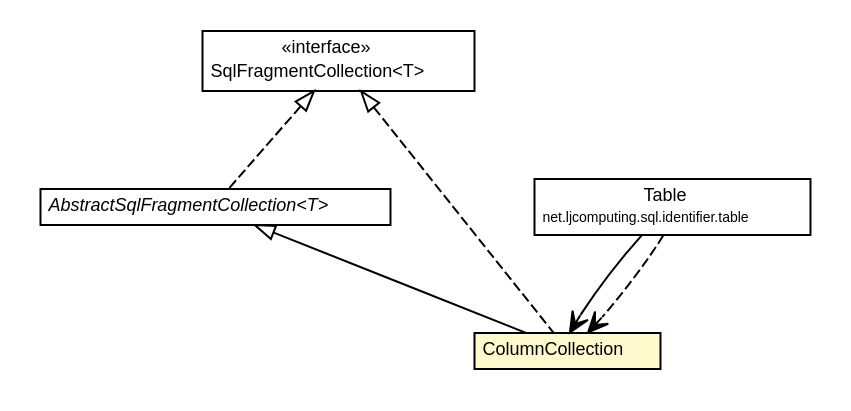
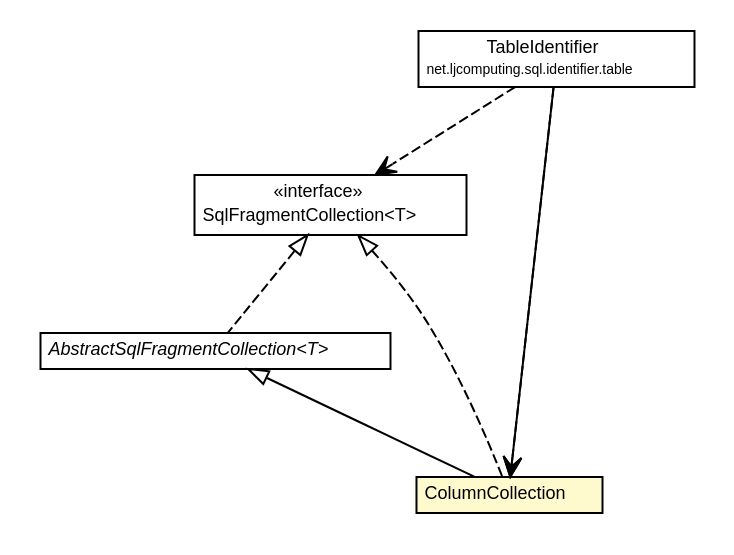
The diagram in docs/javadoc/apidocs/net/ljcomputing/sql/collection/ColumnCollection.dot (willmorejg/net.ljcomputing.sql), drawn with Graphviz before and after one commit. The commit also changed 504 other files, not shown here.

```diff
--- a/docs/javadoc/apidocs/net/ljcomputing/sql/collection/ColumnCollection.dot
+++ b/docs/javadoc/apidocs/net/ljcomputing/sql/collection/ColumnCollection.dot
@@ -1,48 +1,50 @@
 #!/usr/local/bin/dot
 #
 # Class diagram 
 # Generated by UMLGraph version R5_6 (http://www.umlgraph.org/)
 #
 
 digraph G {
 	edge [fontname="Helvetica",fontsize=10,labelfontname="Helvetica",labelfontsize=10];
 	node [fontname="Helvetica",fontsize=10,shape=plaintext];
 	nodesep=0.25;
 	ranksep=0.5;
 	// net.ljcomputing.sql.collection.AbstractSqlFragmentCollection<T>
-	c624 [label=<<table title="net.ljcomputing.sql.collection.AbstractSqlFragmentCollection" border="0" cellborder="1" cellspacing="0" cellpadding="2" port="p" href="./AbstractSqlFragmentCollection.html">
+	c545 [label=<<table title="net.ljcomputing.sql.collection.AbstractSqlFragmentCollection" border="0" cellborder="1" cellspacing="0" cellpadding="2" port="p" href="./AbstractSqlFragmentCollection.html">
 		<tr><td><table border="0" cellspacing="0" cellpadding="1">
 <tr><td align="center" balign="center"><font face="Helvetica-Oblique"> AbstractSqlFragmentCollection&lt;T&gt; </font></td></tr>
 		</table></td></tr>
 		</table>>, URL="./AbstractSqlFragmentCollection.html", fontname="Helvetica", fontcolor="black", fontsize=9.0];
 	// net.ljcomputing.sql.collection.SqlFragmentCollection<T>
-	c627 [label=<<table title="net.ljcomputing.sql.collection.SqlFragmentCollection" border="0" cellborder="1" cellspacing="0" cellpadding="2" port="p" href="./SqlFragmentCollection.html">
+	c548 [label=<<table title="net.ljcomputing.sql.collection.SqlFragmentCollection" border="0" cellborder="1" cellspacing="0" cellpadding="2" port="p" href="./SqlFragmentCollection.html">
 		<tr><td><table border="0" cellspacing="0" cellpadding="1">
 <tr><td align="center" balign="center"> &#171;interface&#187; </td></tr>
 <tr><td align="center" balign="center"> SqlFragmentCollection&lt;T&gt; </td></tr>
 		</table></td></tr>
 		</table>>, URL="./SqlFragmentCollection.html", fontname="Helvetica", fontcolor="black", fontsize=9.0];
 	// net.ljcomputing.sql.collection.ColumnCollection
-	c628 [label=<<table title="net.ljcomputing.sql.collection.ColumnCollection" border="0" cellborder="1" cellspacing="0" cellpadding="2" port="p" bgcolor="lemonChiffon" href="./ColumnCollection.html">
+	c549 [label=<<table title="net.ljcomputing.sql.collection.ColumnCollection" border="0" cellborder="1" cellspacing="0" cellpadding="2" port="p" bgcolor="lemonChiffon" href="./ColumnCollection.html">
 		<tr><td><table border="0" cellspacing="0" cellpadding="1">
 <tr><td align="center" balign="center"> ColumnCollection </td></tr>
 		</table></td></tr>
 		</table>>, URL="./ColumnCollection.html", fontname="Helvetica", fontcolor="black", fontsize=9.0];
-	// net.ljcomputing.sql.identifier.table.Table
-	c632 [label=<<table title="net.ljcomputing.sql.identifier.table.Table" border="0" cellborder="1" cellspacing="0" cellpadding="2" port="p" href="../identifier/table/Table.html">
+	// net.ljcomputing.sql.identifier.table.TableIdentifier
+	c554 [label=<<table title="net.ljcomputing.sql.identifier.table.TableIdentifier" border="0" cellborder="1" cellspacing="0" cellpadding="2" port="p" href="../identifier/table/TableIdentifier.html">
 		<tr><td><table border="0" cellspacing="0" cellpadding="1">
-<tr><td align="center" balign="center"> Table </td></tr>
+<tr><td align="center" balign="center"> TableIdentifier </td></tr>
 <tr><td align="center" balign="center"><font point-size="7.0"> net.ljcomputing.sql.identifier.table </font></td></tr>
 		</table></td></tr>
-		</table>>, URL="../identifier/table/Table.html", fontname="Helvetica", fontcolor="black", fontsize=9.0];
+		</table>>, URL="../identifier/table/TableIdentifier.html", fontname="Helvetica", fontcolor="black", fontsize=9.0];
 	//net.ljcomputing.sql.collection.AbstractSqlFragmentCollection<T> implements net.ljcomputing.sql.collection.SqlFragmentCollection<T>
-	c627:p -> c624:p [dir=back,arrowtail=empty,style=dashed];
-	//net.ljcomputing.sql.collection.ColumnCollection extends net.ljcomputing.sql.collection.AbstractSqlFragmentCollection<net.ljcomputing.sql.identifier.column.Column>
-	c624:p -> c628:p [dir=back,arrowtail=empty];
+	c548:p -> c545:p [dir=back,arrowtail=empty,style=dashed];
+	//net.ljcomputing.sql.collection.ColumnCollection extends net.ljcomputing.sql.collection.AbstractSqlFragmentCollection<net.ljcomputing.sql.identifier.column.ColumnIdentifier>
+	c545:p -> c549:p [dir=back,arrowtail=empty];
 	//net.ljcomputing.sql.collection.ColumnCollection implements net.ljcomputing.sql.collection.SqlFragmentCollection<T>
-	c627:p -> c628:p [dir=back,arrowtail=empty,style=dashed];
-	// net.ljcomputing.sql.identifier.table.Table NAVASSOC net.ljcomputing.sql.collection.ColumnCollection
-	c632:p -> c628:p [taillabel="", label="", headlabel="", fontname="Helvetica", fontcolor="black", fontsize=10.0, color="black", arrowhead=open];
-	// net.ljcomputing.sql.identifier.table.Table DEPEND net.ljcomputing.sql.collection.ColumnCollection
-	c632:p -> c628:p [taillabel="", label="", headlabel="", fontname="Helvetica", fontcolor="black", fontsize=10.0, color="black", arrowhead=open, style=dashed];
+	c548:p -> c549:p [dir=back,arrowtail=empty,style=dashed];
+	// net.ljcomputing.sql.identifier.table.TableIdentifier NAVASSOC net.ljcomputing.sql.collection.ColumnCollection
+	c554:p -> c549:p [taillabel="", label="", headlabel="", fontname="Helvetica", fontcolor="black", fontsize=10.0, color="black", arrowhead=open];
+	// net.ljcomputing.sql.identifier.table.TableIdentifier DEPEND net.ljcomputing.sql.collection.SqlFragmentCollection<T>
+	c554:p -> c548:p [taillabel="", label="", headlabel="", fontname="Helvetica", fontcolor="black", fontsize=10.0, color="black", arrowhead=open, style=dashed];
+	// net.ljcomputing.sql.identifier.table.TableIdentifier DEPEND net.ljcomputing.sql.collection.ColumnCollection
+	c554:p -> c549:p [taillabel="", label="", headlabel="", fontname="Helvetica", fontcolor="black", fontsize=10.0, color="black", arrowhead=open, style=dashed];
 }
```
